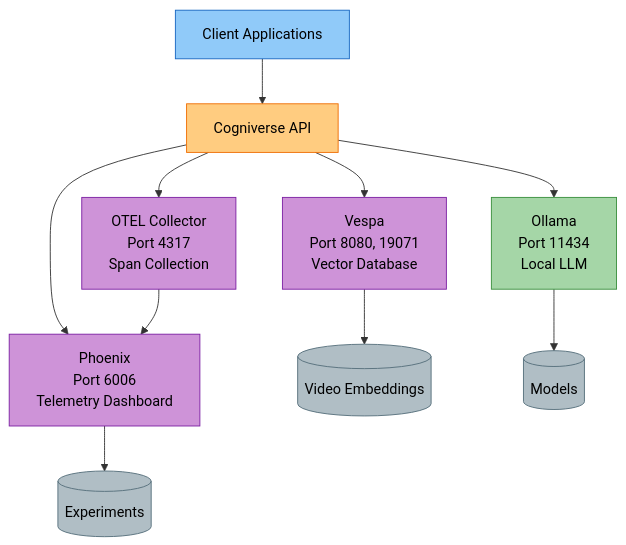
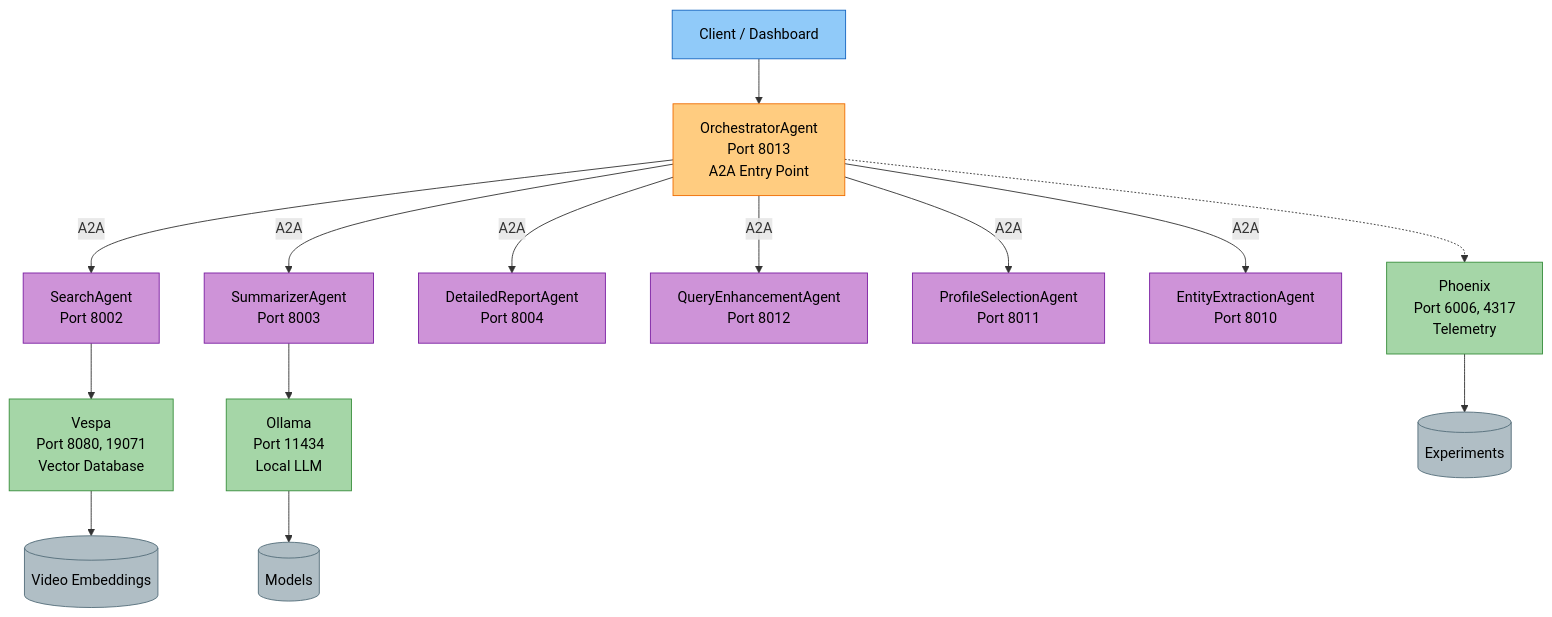
One commit to amit-jain/cogniverse changed the diagram in docs/operations/deployment.md. Above: the diagram before and after it, drawn with Mermaid. The commit also changed other lines of this file and 137 other files, not shown here.

````diff
--- a/docs/operations/deployment.md
+++ b/docs/operations/deployment.md
@@ -25,26 +33,36 @@
 ```mermaid
 flowchart TB
-    Client["<span style='color:#000'>Client Applications</span>"]
+    Client["<span style='color:#000'>Client / Dashboard</span>"]
 
-    Client --> API["<span style='color:#000'>Cogniverse API</span>"]
+    Client --> Orchestrator["<span style='color:#000'>OrchestratorAgent<br/>Port 8013<br/>A2A Entry Point</span>"]
 
-    API --> Vespa["<span style='color:#000'>Vespa<br/>Port 8080, 19071<br/>Vector Database</span>"]
-    API --> Phoenix["<span style='color:#000'>Phoenix<br/>Port 6006<br/>Telemetry Dashboard</span>"]
-    API --> OTEL["<span style='color:#000'>OTEL Collector<br/>Port 4317<br/>Span Collection</span>"]
-    API --> Ollama["<span style='color:#000'>Ollama<br/>Port 11434<br/>Local LLM</span>"]
+    Orchestrator --> |A2A| Search["<span style='color:#000'>SearchAgent<br/>Port 8002</span>"]
+    Orchestrator --> |A2A| Summarizer["<span style='color:#000'>SummarizerAgent<br/>Port 8003</span>"]
+    Orchestrator --> |A2A| DetailedReport["<span style='color:#000'>DetailedReportAgent<br/>Port 8004</span>"]
+    Orchestrator --> |A2A| QueryEnh["<span style='color:#000'>QueryEnhancementAgent<br/>Port 8012</span>"]
+    Orchestrator --> |A2A| ProfileSel["<span style='color:#000'>ProfileSelectionAgent<br/>Port 8011</span>"]
+    Orchestrator --> |A2A| EntityExt["<span style='color:#000'>EntityExtractionAgent<br/>Port 8010</span>"]
+
+    Search --> Vespa["<span style='color:#000'>Vespa<br/>Port 8080, 19071<br/>Vector Database</span>"]
+    Orchestrator -.-> Phoenix["<span style='color:#000'>Phoenix<br/>Port 6006, 4317<br/>Telemetry</span>"]
+    Summarizer --> Ollama["<span style='color:#000'>Ollama<br/>Port 11434<br/>Local LLM</span>"]
 
     Vespa --> VespaData[("<span style='color:#000'>Video Embeddings</span>")]
     Phoenix --> PhoenixData[("<span style='color:#000'>Experiments</span>")]
-    OTEL --> Phoenix
     Ollama --> OllamaData[("<span style='color:#000'>Models</span>")]
 
     style Client fill:#90caf9,stroke:#1565c0,color:#000
-    style API fill:#ffcc80,stroke:#ef6c00,color:#000
-    style Vespa fill:#ce93d8,stroke:#7b1fa2,color:#000
-    style Phoenix fill:#ce93d8,stroke:#7b1fa2,color:#000
-    style OTEL fill:#ce93d8,stroke:#7b1fa2,color:#000
+    style Orchestrator fill:#ffcc80,stroke:#ef6c00,color:#000
+    style Search fill:#ce93d8,stroke:#7b1fa2,color:#000
+    style Summarizer fill:#ce93d8,stroke:#7b1fa2,color:#000
+    style DetailedReport fill:#ce93d8,stroke:#7b1fa2,color:#000
+    style QueryEnh fill:#ce93d8,stroke:#7b1fa2,color:#000
+    style ProfileSel fill:#ce93d8,stroke:#7b1fa2,color:#000
+    style EntityExt fill:#ce93d8,stroke:#7b1fa2,color:#000
+    style Vespa fill:#a5d6a7,stroke:#388e3c,color:#000
+    style Phoenix fill:#a5d6a7,stroke:#388e3c,color:#000
     style Ollama fill:#a5d6a7,stroke:#388e3c,color:#000
     style VespaData fill:#b0bec5,stroke:#546e7a,color:#000
     style PhoenixData fill:#b0bec5,stroke:#546e7a,color:#000
     style OllamaData fill:#b0bec5,stroke:#546e7a,color:#000
 ```
````
